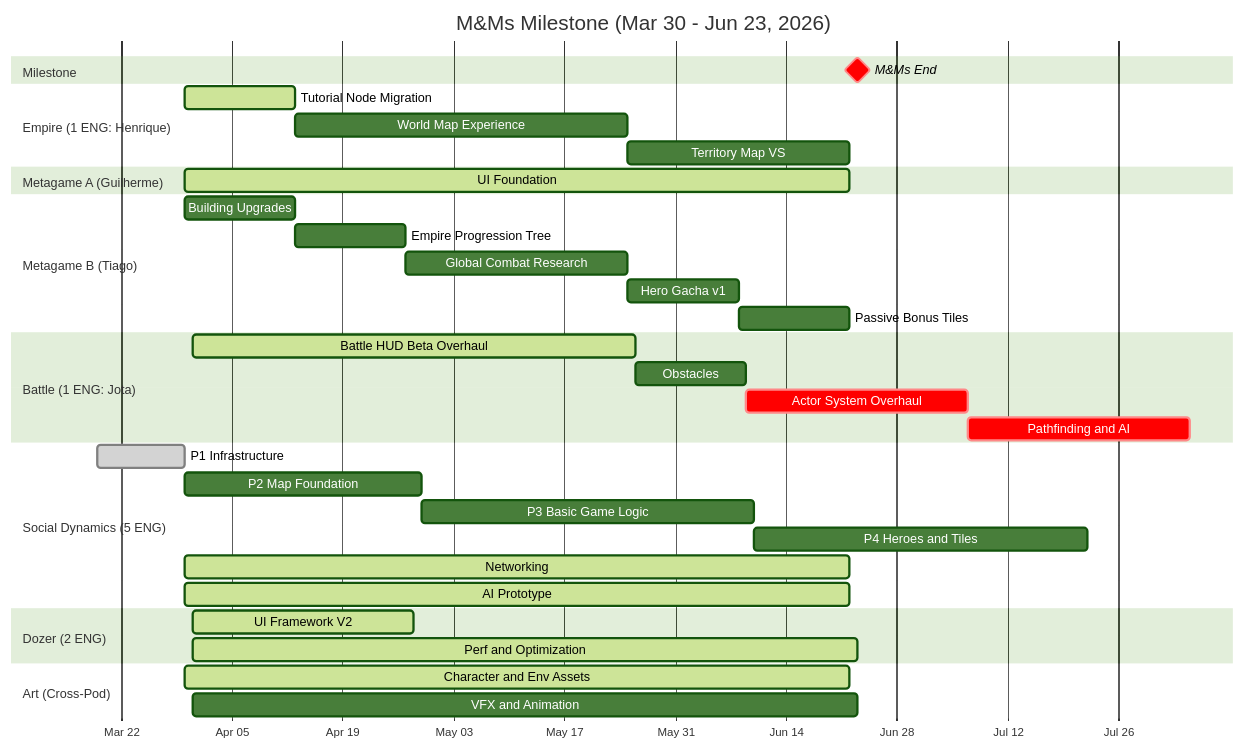
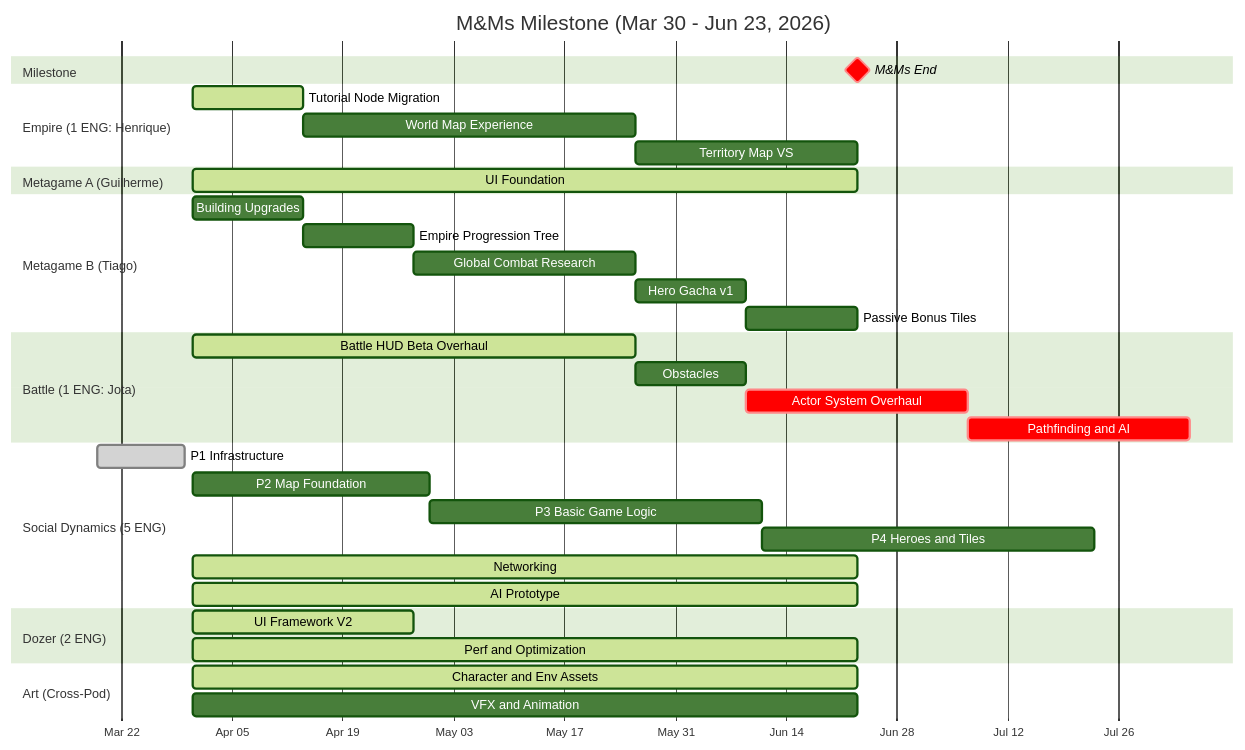
The diagram in generated/milestone_plans/MMs_MilestonePlan.md (timwilliams-prod/proj-chimera-documentation-brain), drawn with Mermaid (forest theme) before and after one commit. The commit also changed other lines of this file and 4 other files, not shown here.

````diff
--- a/generated/milestone_plans/MMs_MilestonePlan.md
+++ b/generated/milestone_plans/MMs_MilestonePlan.md
@@ -15,47 +15,47 @@
 ```mermaid
 gantt
     title M&Ms Milestone (Mar 30 - Jun 23, 2026)
     dateFormat YYYY-MM-DD
     axisFormat %b %d
     tickInterval 2week
 
     section Milestone
     M&Ms End                     :crit, milestone, ms_end, 2026-06-23, 0d
 
     section Empire (1 ENG: Henrique)
-    Tutorial Node Migration      :active,  emp1, 2026-03-30, 14d
+    Tutorial Node Migration      :active,  emp1, 2026-03-31, 14d
     World Map Experience         :         emp2, after emp1, 42d
     Territory Map VS             :         emp3, after emp2, 28d
 
     section Metagame A (Guilherme)
-    UI Foundation                :active,  mA1, 2026-03-30, 84d
+    UI Foundation                :active,  mA1, 2026-03-31, 84d
 
     section Metagame B (Tiago)
-    Building Upgrades            :mB1, 2026-03-30, 14d
+    Building Upgrades            :mB1, 2026-03-31, 14d
     Empire Progression Tree      :mB2, after mB1, 14d
     Global Combat Research       :mB3, after mB2, 28d
     Hero Gacha v1                :mB4, after mB3, 14d
     Passive Bonus Tiles          :mB5, after mB4, 14d
 
     section Battle (1 ENG: Jota)
     Battle HUD Beta Overhaul     :active,  bat1, 2026-03-31, 56d
     Obstacles                    :         bat2, after bat1, 14d
     Actor System Overhaul        :crit,    bat3, after bat2, 28d
     Pathfinding and AI           :crit,    bat4, after bat3, 28d
 
     section Social Dynamics (5 ENG)
     P1 Infrastructure            :done,    soc1, 2026-03-19, 2026-03-30
-    P2 Map Foundation            :         soc2, 2026-03-30, 30d
+    P2 Map Foundation            :         soc2, 2026-03-31, 30d
     P3 Basic Game Logic          :         soc3, after soc2, 42d
     P4 Heroes and Tiles          :         soc4, after soc3, 42d
-    Networking                   :active,  soc_net, 2026-03-30, 84d
-    AI Prototype                 :active,  soc_ai, 2026-03-30, 84d
+    Networking                   :active,  soc_net, 2026-03-31, 84d
+    AI Prototype                 :active,  soc_ai, 2026-03-31, 84d
 
     section Dozer (2 ENG)
     UI Framework V2              :active,  doz1, 2026-03-31, 28d
     Perf and Optimization        :active,  doz2, 2026-03-31, 84d
 
     section Art (Cross-Pod)
-    Character and Env Assets     :active,  art1, 2026-03-30, 84d
+    Character and Env Assets     :active,  art1, 2026-03-31, 84d
     VFX and Animation            :         art2, 2026-03-31, 84d
 ```
````
